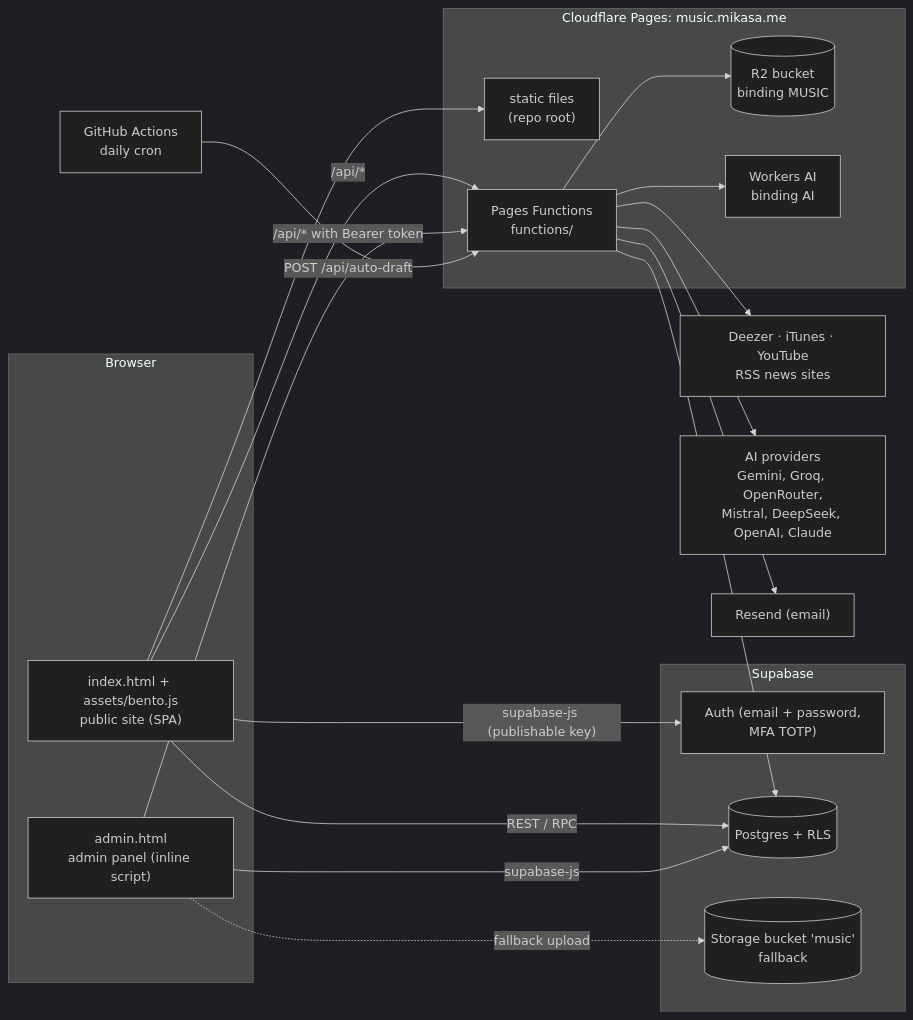
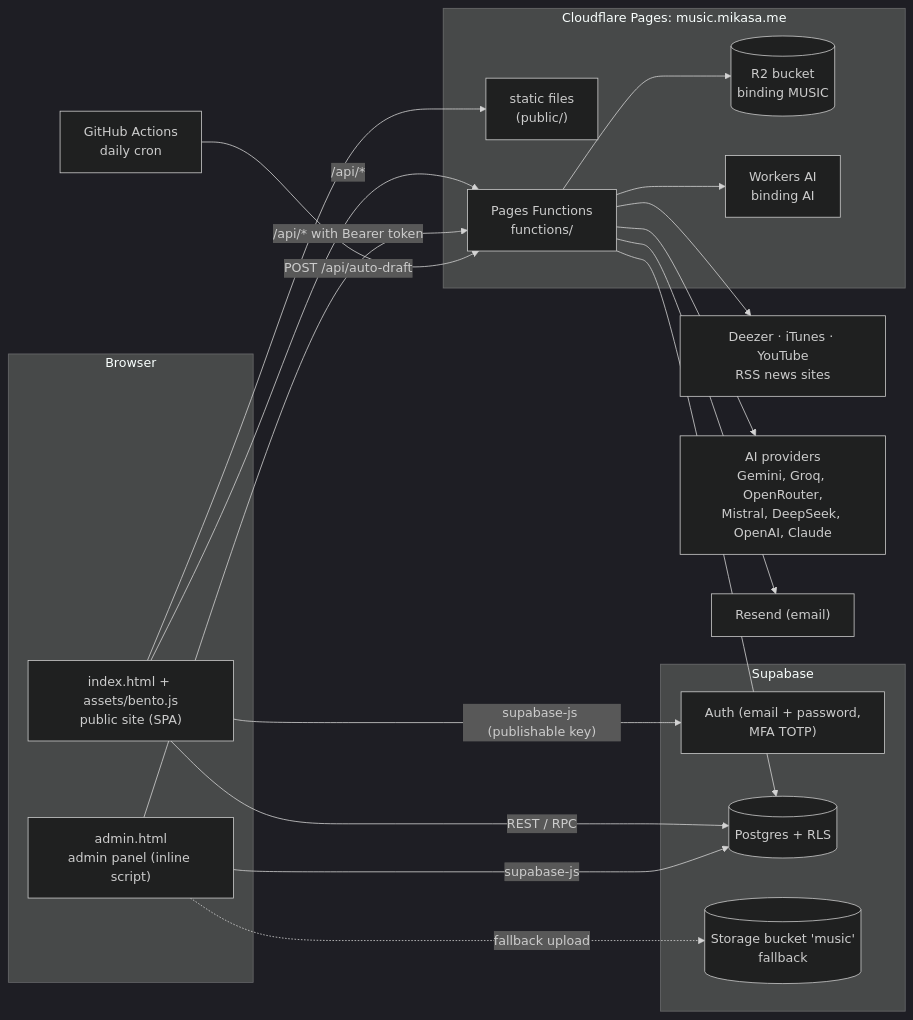
One commit to mh2s94/underground-music changed the first of 2 diagrams in docs/ARCHITECTURE.md. Above: the diagram before and after it, drawn with Mermaid (dark theme). The commit also changed other lines of this file and 29 other files, not shown here.

````diff
--- a/docs/ARCHITECTURE.md
+++ b/docs/ARCHITECTURE.md
@@ -17,37 +17,37 @@
 ```mermaid
 flowchart LR
   subgraph Browser
     SITE["index.html + assets/bento.js<br/>public site (SPA)"]
     ADMIN["admin.html<br/>admin panel (inline script)"]
   end
   subgraph Cloudflare["Cloudflare Pages: music.mikasa.me"]
-    STATIC["static files<br/>(repo root)"]
+    STATIC["static files<br/>(public/)"]
     FN["Pages Functions<br/>functions/"]
     R2[("R2 bucket<br/>binding MUSIC")]
     WAI["Workers AI<br/>binding AI"]
   end
   subgraph Supabase
     AUTH["Auth (email + password,<br/>MFA TOTP)"]
     DB[("Postgres + RLS")]
     ST[("Storage bucket 'music'<br/>fallback")]
   end
   EXT["Deezer · iTunes · YouTube<br/>RSS news sites"]
   AIP["AI providers<br/>Gemini, Groq, OpenRouter,<br/>Mistral, DeepSeek, OpenAI, Claude"]
   RESEND["Resend (email)"]
   GH["GitHub Actions<br/>daily cron"]
 
   SITE -- "supabase-js (publishable key)" --> AUTH
   SITE -- "REST / RPC" --> DB
   ADMIN -- "supabase-js" --> DB
   SITE --> STATIC
   SITE -- "/api/*" --> FN
   ADMIN -- "/api/* with Bearer token" --> FN
   FN --> DB
   FN --> R2
   FN --> WAI
   FN --> AIP
   FN --> EXT
   FN --> RESEND
   GH -- "POST /api/auto-draft" --> FN
   ADMIN -. "fallback upload" .-> ST
 ```
````
